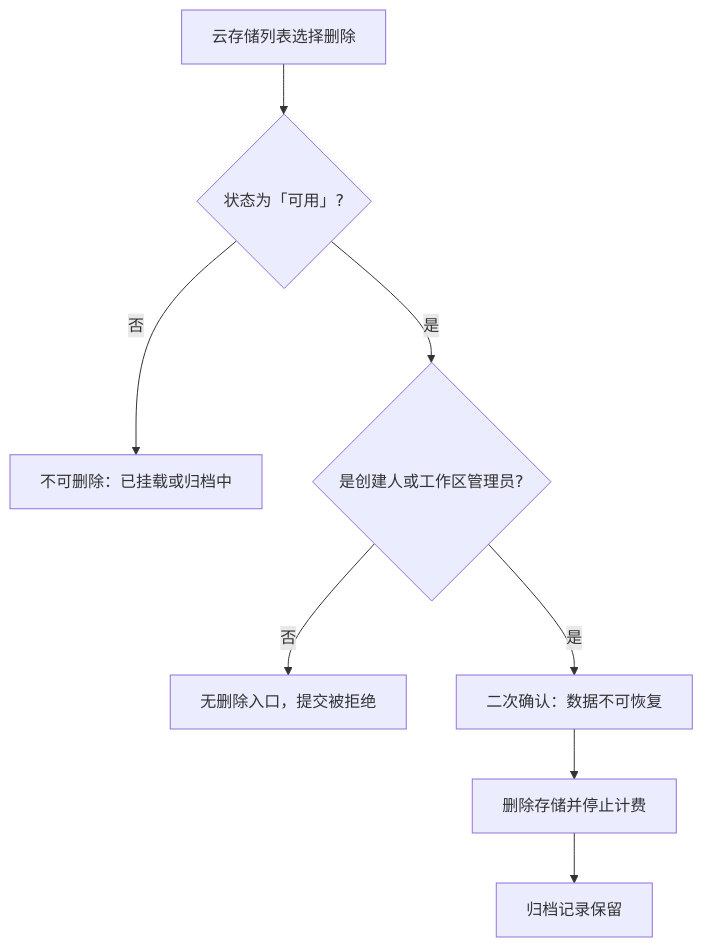
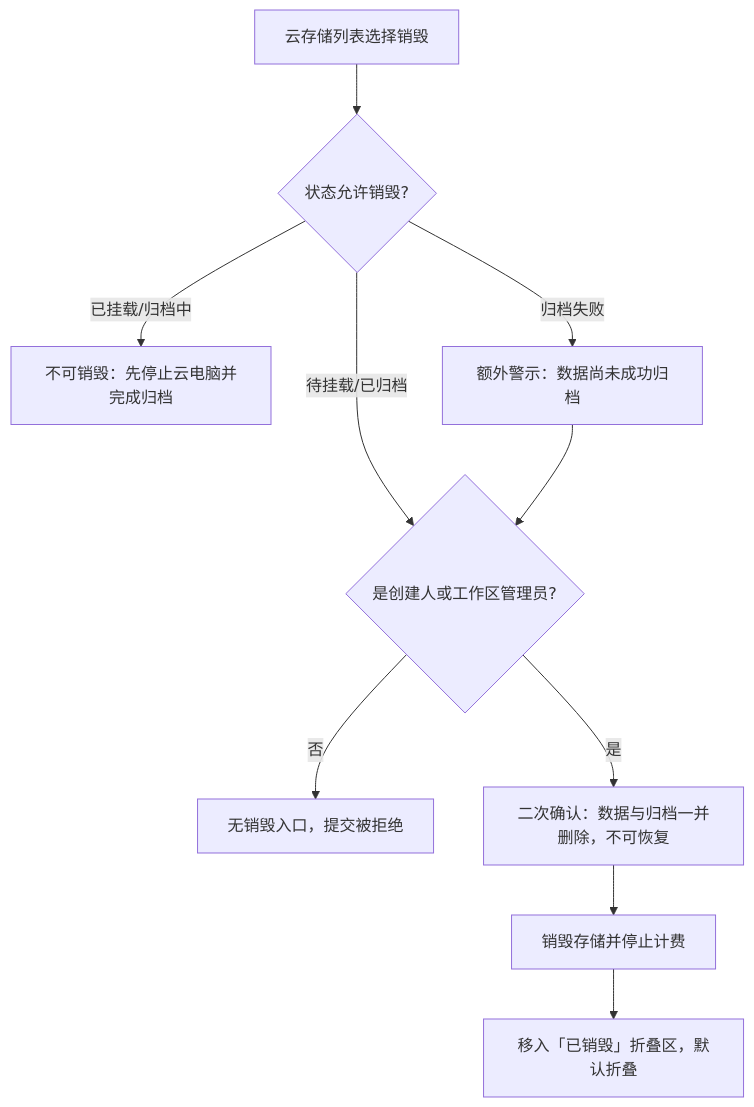
The fourth of 4 diagrams in docs/product/draft/20261102-cloud-storage.md (Deliay/z-agent-gear), drawn with Mermaid before and after one commit. The commit also changed other lines of this file and 3 other files, not shown here.

````diff
--- a/docs/product/draft/20261102-cloud-storage.md
+++ b/docs/product/draft/20261102-cloud-storage.md
@@ -263,10 +303,12 @@
 ```mermaid
 flowchart TD
-    A[云存储列表选择删除] --> B{状态为「可用」?}
-    B -->|否| C[不可删除：已挂载或归档中]
-    B -->|是| D{是创建人或工作区管理员?}
-    D -->|否| E[无删除入口，提交被拒绝]
-    D -->|是| F[二次确认：数据不可恢复]
-    F --> G[删除存储并停止计费]
-    G --> H[归档记录保留]
+    A[云存储列表选择销毁] --> B{状态允许销毁?}
+    B -->|已挂载/归档中| C[不可销毁：先停止云电脑并完成归档]
+    B -->|待挂载/已归档| D{是创建人或工作区管理员?}
+    B -->|归档失败| D2[额外警示：数据尚未成功归档]
+    D2 --> D
+    D -->|否| E[无销毁入口，提交被拒绝]
+    D -->|是| F[二次确认：数据与归档一并删除，不可恢复]
+    F --> G[销毁存储并停止计费]
+    G --> H[移入「已销毁」折叠区，默认折叠]
 ```
````
